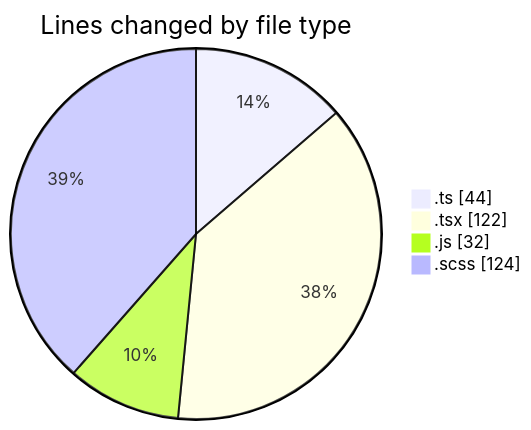
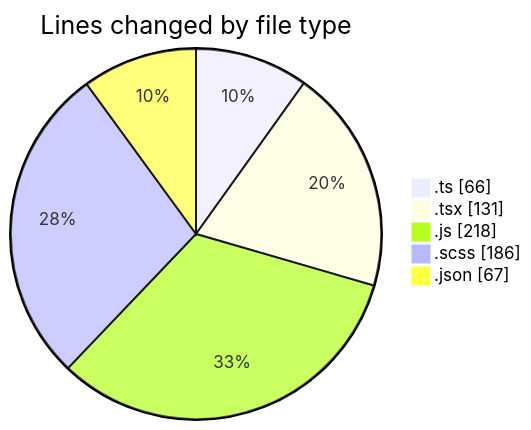
Before and after one commit to momahboobian/code-tracking: the first of 2 diagrams in 2026-05-08/cda/README.md, drawn with Mermaid. The commit also changed other lines of this file and 1 other file, not shown here.

````diff
--- a/2026-05-08/cda/README.md
+++ b/2026-05-08/cda/README.md
@@ -28,8 +30,9 @@
 ```mermaid
 pie showData
 title Lines changed by file type
-".ts" : 44
-".tsx" : 122
-".js" : 32
-".scss" : 124
+".ts" : 66
+".tsx" : 131
+".js" : 218
+".scss" : 186
+".json" : 67
 ```
````
